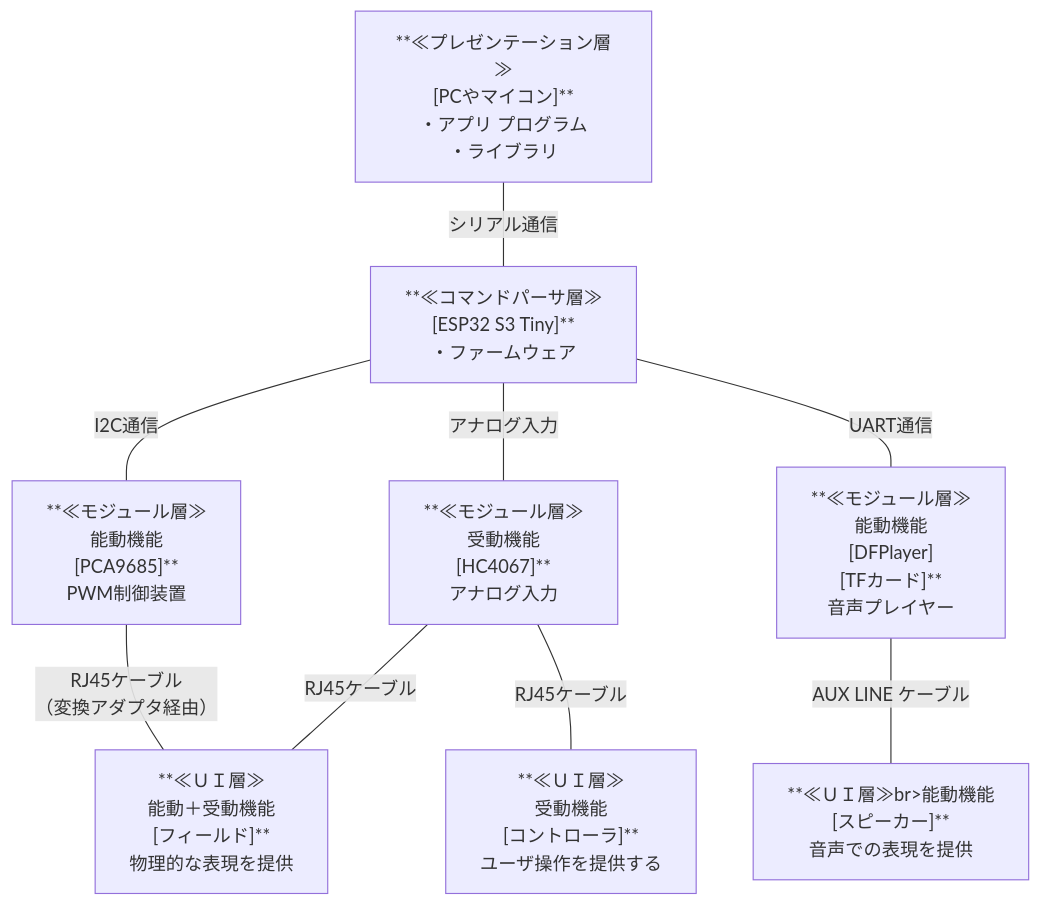
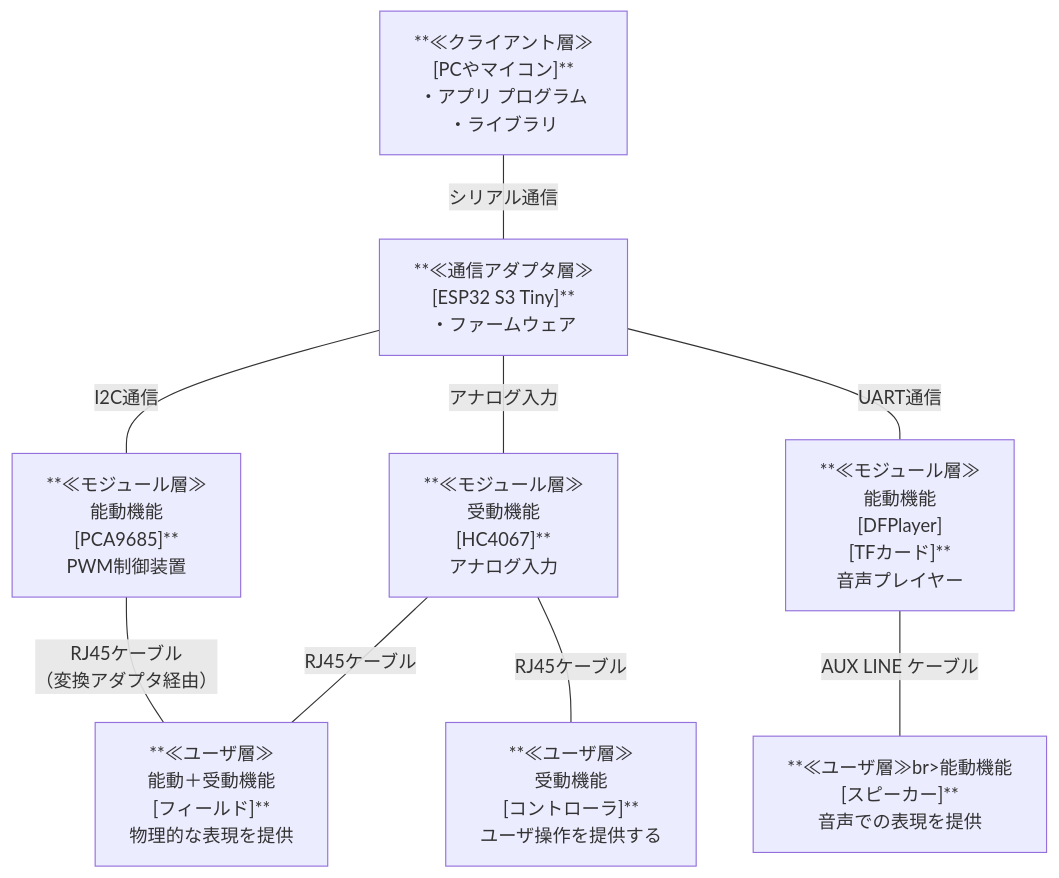
The diagram in README/1-2_システム･ソフト構成.md (kureha001/MMP), drawn with Mermaid before and after one commit. The commit also changed other lines of this file and 24 other files, not shown here.

````diff
--- a/README/1-2_システム･ソフト構成.md
+++ b/README/1-2_システム･ソフト構成.md
@@ -7,27 +7,27 @@
 ```mermaid
 flowchart TD
-    APP["**≪プレゼンテーション層≫<br>[PCやマイコン]**<br>・アプリ プログラム<br>・ライブラリ"]
-    MMP["**≪コマンドパーサ層≫<br>[ESP32 S3 Tiny]**<br>・ファームウェア"]
+    APP["**≪クライアント層≫<br>[PCやマイコン]**<br>・アプリ プログラム<br>・ライブラリ"]
+    MMP["**≪通信アダプタ層≫<br>[ESP32 S3 Tiny]**<br>・ファームウェア"]
 
     能動["**≪モジュール層≫<br>能動機能<br>[PCA9685]**<br>PWM制御装置"]
     受動["**≪モジュール層≫<br>受動機能<br>[HC4067]**<br>アナログ入力" ]
     音声["**≪モジュール層≫<br>能動機能<br>[DFPlayer]<br>[TFカード]**<br>音声プレイヤー"]
 
-    フィールド["**≪ＵＩ層≫<br>能動＋受動機能<br>[フィールド]**<br>物理的な表現を提供"]
+    フィールド["**≪ユーザ層≫<br>能動＋受動機能<br>[フィールド]**<br>物理的な表現を提供"]
 
-    コントローラ["**≪ＵＩ層≫<br>受動機能<br>[コントローラ]**<br>ユーザ操作を提供する"]
+    コントローラ["**≪ユーザ層≫<br>受動機能<br>[コントローラ]**<br>ユーザ操作を提供する"]
 
-    スピーカー["**≪ＵＩ層≫br>能動機能<br>[スピーカー]**<br>音声での表現を提供"]
+    スピーカー["**≪ユーザ層≫br>能動機能<br>[スピーカー]**<br>音声での表現を提供"]
 
     APP ---|シリアル通信| MMP
 
     MMP --- |I2C通信|能動
     MMP --- |アナログ入力|受動
     MMP --- |UART通信|音声
 
     受動 --- |RJ45ケーブル|フィールド 
     受動 --- |RJ45ケーブル|コントローラ 
     能動 --- |RJ45ケーブル<br>（変換アダプタ経由）|フィールド
 
     音声  --- |AUX LINE ケーブル| スピーカー
 ```
````
